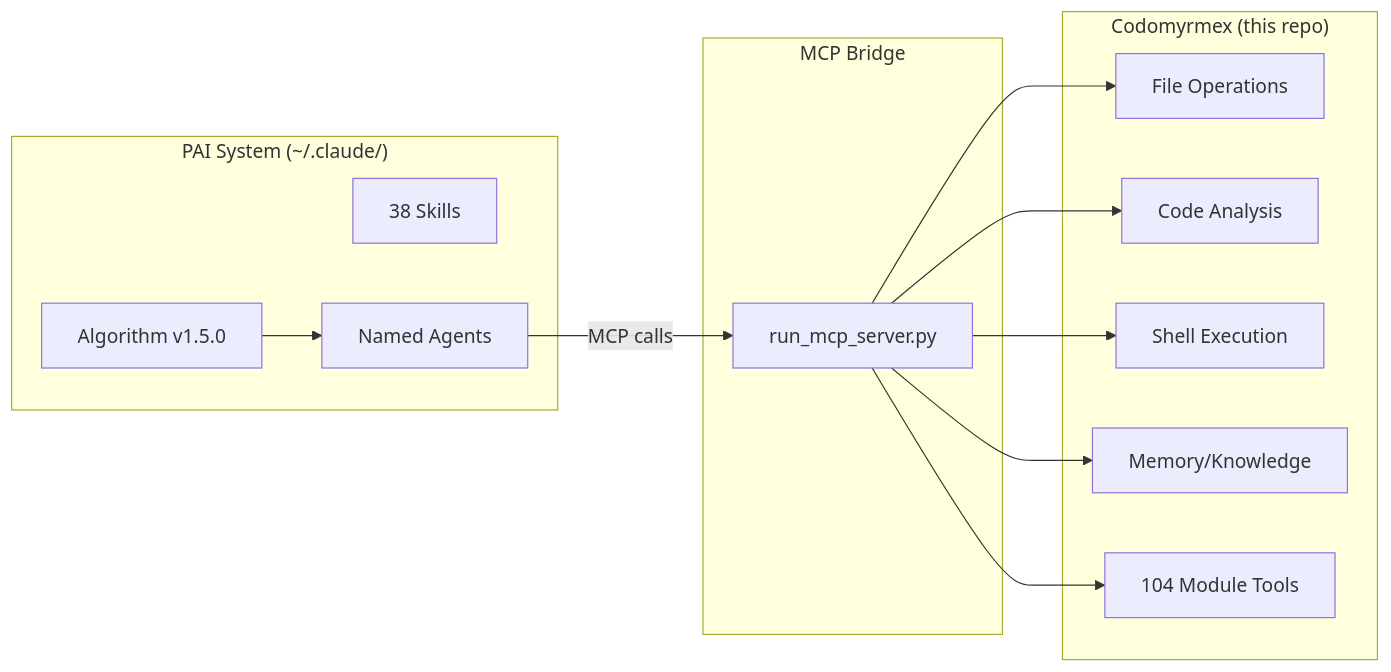
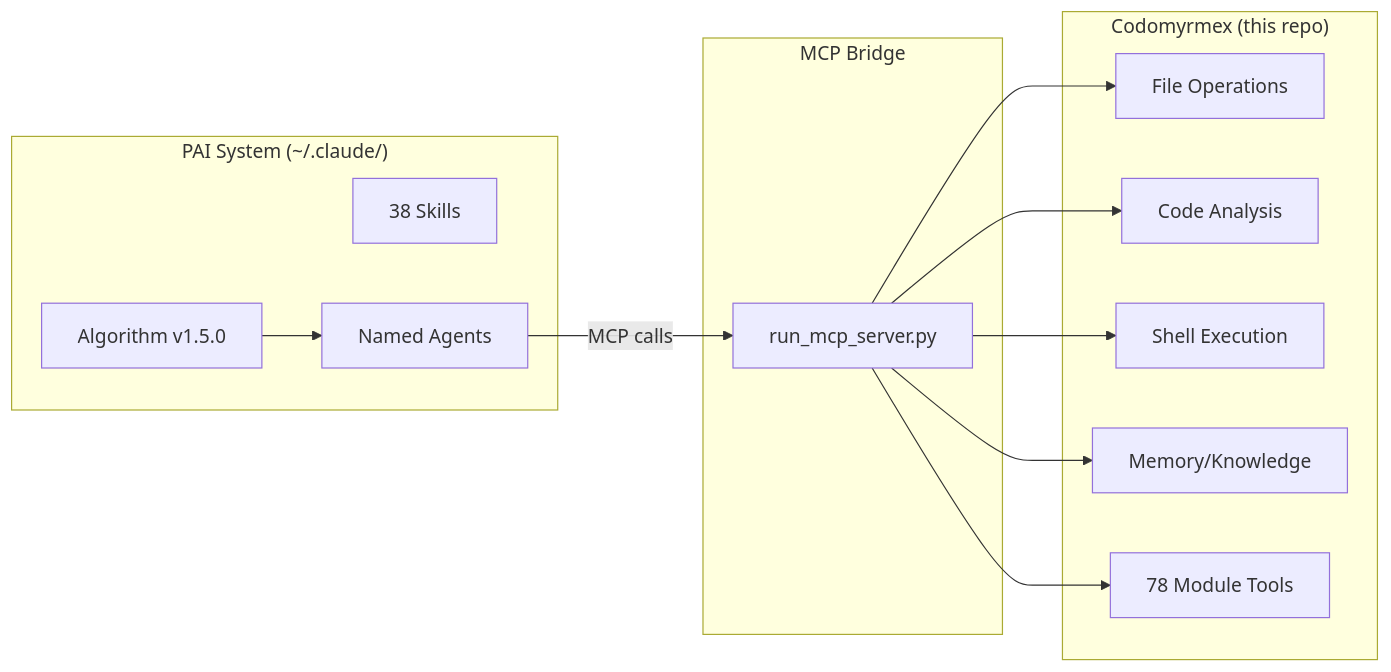
Before and after one commit to docxology/codomyrmex: the diagram in PAI.md, drawn with Mermaid. The commit also changed other lines of this file and 163 other files, not shown here.

````diff
--- a/PAI.md
+++ b/PAI.md
@@ -35,28 +35,28 @@
 ```mermaid
 graph LR
     subgraph PAI ["PAI System (~/.claude/)"]
         Algo["Algorithm v1.5.0"]
         Skills["38 Skills"]
         Agents["Named Agents"]
     end
 
     subgraph Bridge ["MCP Bridge"]
         Server["run_mcp_server.py"]
     end
 
     subgraph Codomyrmex ["Codomyrmex (this repo)"]
         FileOps["File Operations"]
         CodeAnalysis["Code Analysis"]
         Shell["Shell Execution"]
         Memory["Memory/Knowledge"]
-        Modules["104 Module Tools"]
+        Modules["78 Module Tools"]
     end
 
     Algo --> Agents
     Agents -->|"MCP calls"| Server
     Server --> FileOps
     Server --> CodeAnalysis
     Server --> Shell
     Server --> Memory
     Server --> Modules
 ```
````
